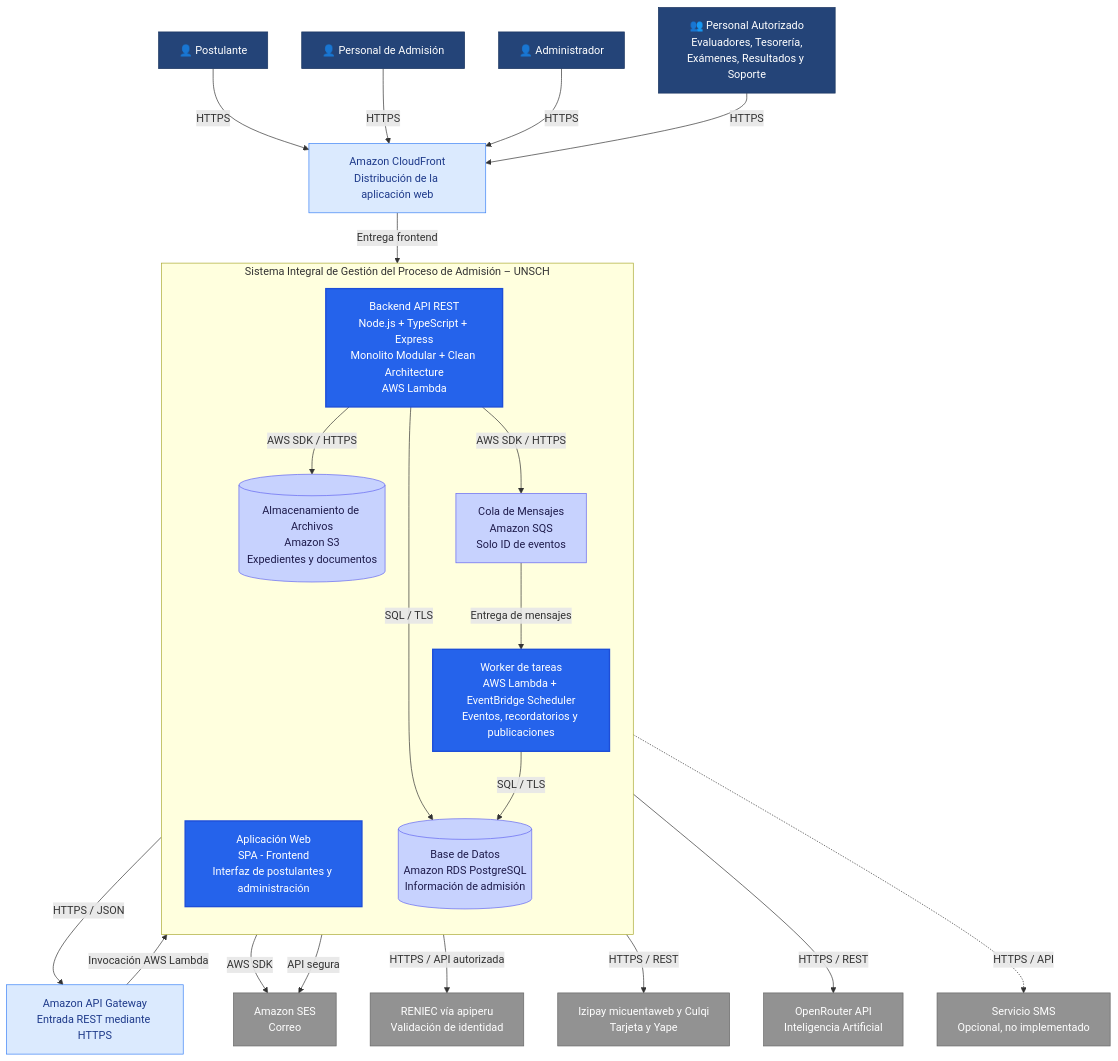
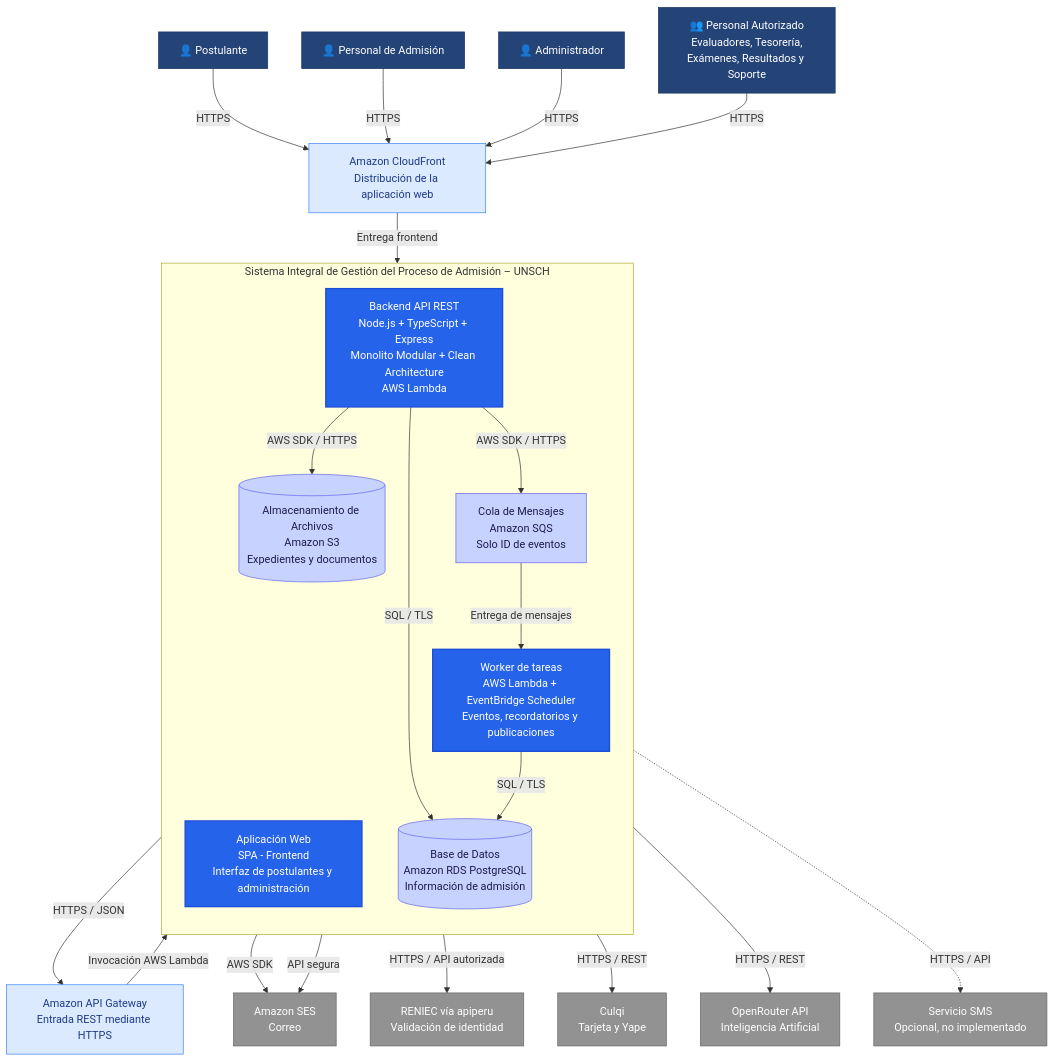
The diagram in docs/04-modelo-c4/Nivel2-DiagramadeContenedores.md (DiegoCoras06/sia-unsch-admision), drawn with Mermaid before and after one commit. The commit also changed 66 other files, not shown here.

First line of the commit message:
Pagos: Culqi como única pasarela, con tarjeta y Yape (ADR-024)

````diff
--- a/docs/04-modelo-c4/Nivel2-DiagramadeContenedores.md
+++ b/docs/04-modelo-c4/Nivel2-DiagramadeContenedores.md
@@ -29,76 +29,76 @@
 ```mermaid
 flowchart TB
 
     P["👤 Postulante"]
     PA["👤 Personal de Admisión"]
     ADM["👤 Administrador"]
     OTROS["👥 Personal Autorizado<br/>Evaluadores, Tesorería,<br/>Exámenes, Resultados y Soporte"]
 
     subgraph UNSCH["Sistema Integral de Gestión del Proceso de Admisión – UNSCH"]
         direction TB
 
         WEB["Aplicación Web<br/>SPA - Frontend<br/>Interfaz de postulantes y administración"]
 
         API["Backend API REST<br/>Node.js + TypeScript + Express<br/>Monolito Modular + Clean Architecture<br/>AWS Lambda"]
 
         DB[("Base de Datos<br/>Amazon RDS PostgreSQL<br/>Información de admisión")]
 
         WORKER["Worker de tareas<br/>AWS Lambda + EventBridge Scheduler<br/>Eventos, recordatorios y publicaciones"]
 
         QUEUE["Cola de Mensajes<br/>Amazon SQS<br/>Solo ID de eventos"]
 
         STORAGE[("Almacenamiento de Archivos<br/>Amazon S3<br/>Expedientes y documentos")]
 
     end
 
     GATEWAY["Amazon API Gateway<br/>Entrada REST mediante HTTPS"]
 
     CDN["Amazon CloudFront<br/>Distribución de la aplicación web"]
 
     RENIEC["RENIEC vía apiperu<br/>Validación de identidad"]
 
-    PAYMENT["Izipay micuentaweb y Culqi<br/>Tarjeta y Yape"]
+    PAYMENT["Culqi<br/>Tarjeta y Yape"]
 
     OPENROUTER["OpenRouter API<br/>Inteligencia Artificial"]
 
     EMAIL["Amazon SES<br/>Correo"]
 
     SMS["Servicio SMS<br/>Opcional, no implementado"]
 
     P -->|"HTTPS"| CDN
     PA -->|"HTTPS"| CDN
     ADM -->|"HTTPS"| CDN
     OTROS -->|"HTTPS"| CDN
 
     CDN -->|"Entrega frontend"| WEB
 
     WEB -->|"HTTPS / JSON"| GATEWAY
     GATEWAY -->|"Invocación AWS Lambda"| API
 
     API -->|"SQL / TLS"| DB
     API -->|"AWS SDK / HTTPS"| STORAGE
     API -->|"AWS SDK / HTTPS"| QUEUE
     QUEUE -->|"Entrega de mensajes"| WORKER
     WORKER -->|"SQL / TLS"| DB
     WORKER -->|"AWS SDK"| EMAIL
 
     API -->|"HTTPS / API autorizada"| RENIEC
     API -->|"HTTPS / REST"| PAYMENT
     API -->|"HTTPS / REST"| OPENROUTER
     API -->|"API segura"| EMAIL
     API -.->|"HTTPS / API"| SMS
 
     classDef persona fill:#244478,color:#ffffff,stroke:#19345f
     classDef aplicacion fill:#2563eb,color:#ffffff,stroke:#1d4ed8,stroke-width:2px
     classDef datos fill:#c7d2fe,color:#1e1b4b,stroke:#6366f1
     classDef infraestructura fill:#dbeafe,color:#1e3a8a,stroke:#3b82f6
     classDef externo fill:#929292,color:#ffffff,stroke:#666666
 
     class P,PA,ADM,OTROS persona
     class WEB,API aplicacion
     class DB,STORAGE datos
     class QUEUE datos
     class WORKER aplicacion
     class CDN,GATEWAY infraestructura
     class RENIEC,PAYMENT,OPENROUTER,EMAIL,SMS externo
 ```
````
